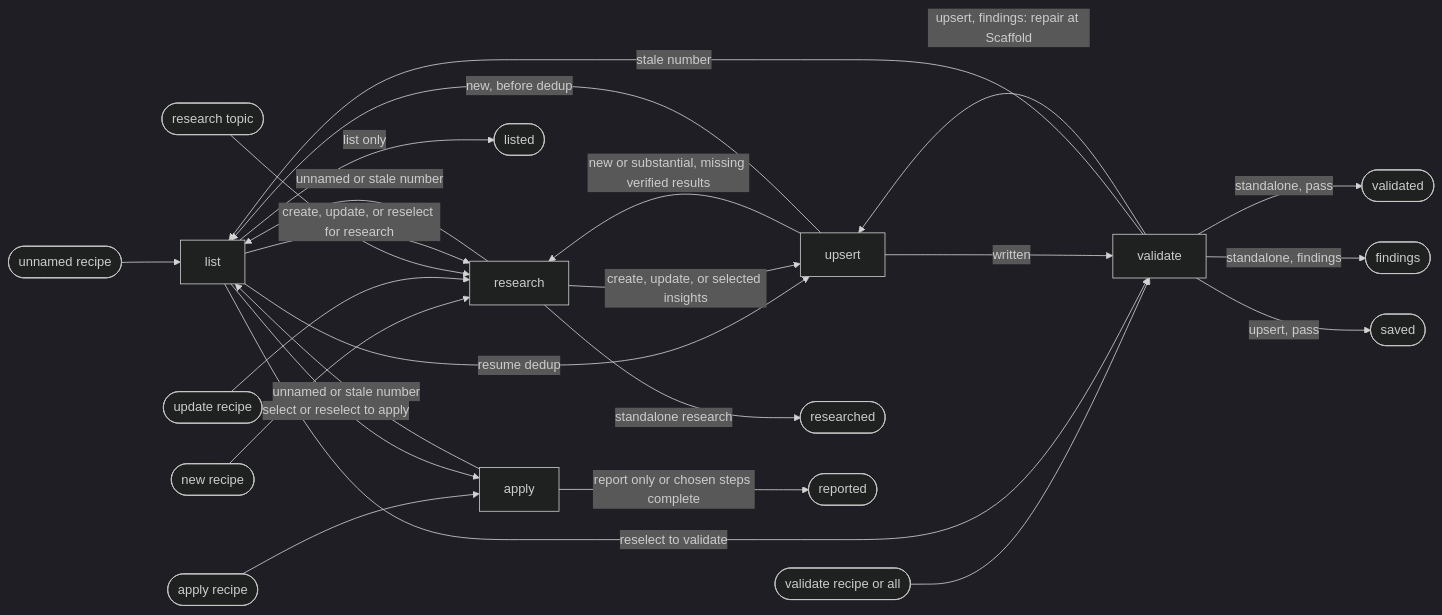
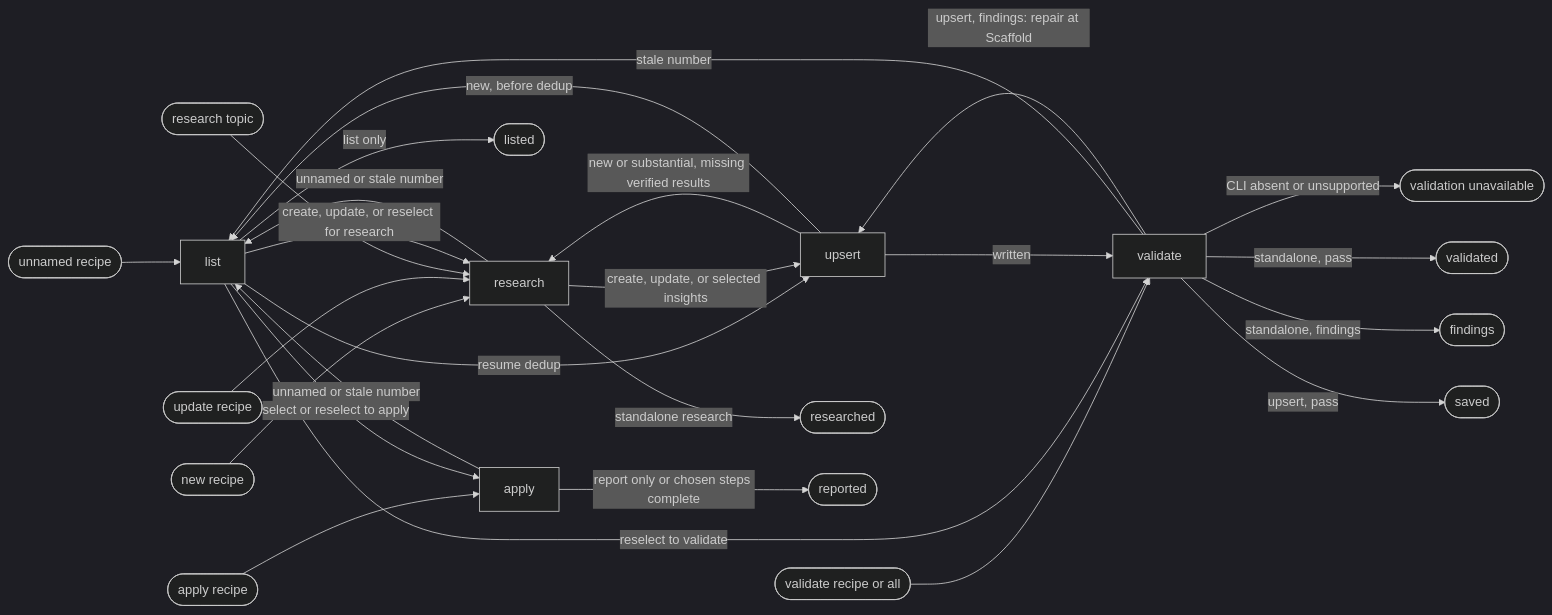
Before and after one commit to ai-driven-dev/framework: the diagram in plugins/aidd-context/skills/12-cook/SKILL.md, drawn with Mermaid (dark theme). The commit also changed 22 other files, not shown here.

First line of the commit message:
fix(cli): centralize recipe validation

````diff
--- a/plugins/aidd-context/skills/12-cook/SKILL.md
+++ b/plugins/aidd-context/skills/12-cook/SKILL.md
@@ -9,27 +9,28 @@
 ```mermaid
 flowchart LR
     unnamed([unnamed recipe]) --> list
     named-new([new recipe]) --> research
     named-update([update recipe]) --> research
     named-research([research topic]) --> research
     named-apply([apply recipe]) --> apply
     named-validate([validate recipe or all]) --> validate
     list -->|list only| listed([listed])
     list -->|create, update, or reselect for research| research
     list -->|select or reselect to apply| apply
     list -->|resume dedup| upsert
     list -->|reselect to validate| validate
     research -->|unnamed or stale number| list
     research -->|standalone research| researched([researched])
     research -->|create, update, or selected insights| upsert
     upsert -->|new or substantial, missing verified results| research
     upsert -->|new, before dedup| list
     upsert -->|written| validate
     validate -->|stale number| list
+    validate -->|CLI absent or unsupported| unavailable([validation unavailable])
     validate -->|standalone, pass| validated([validated])
     validate -->|standalone, findings| findings([findings])
     validate -->|upsert, pass| saved([saved])
     validate -->|upsert, findings: repair at Scaffold| upsert
     apply -->|unnamed or stale number| list
     apply -->|report only or chosen steps complete| reported([reported])
 ```
````
